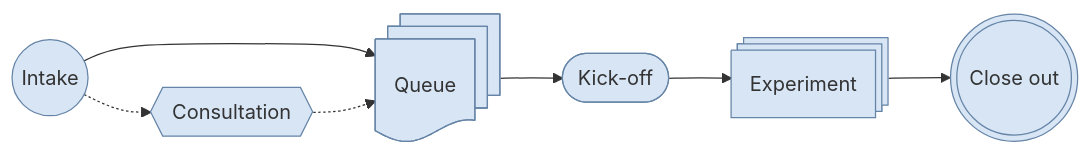
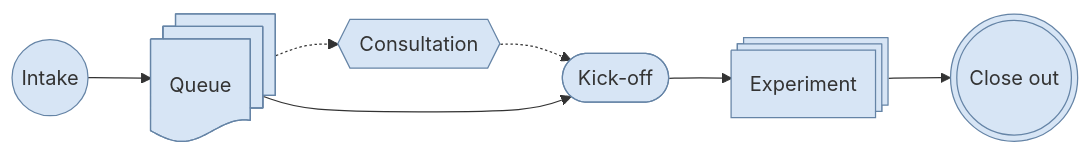
The diagram in content/en/services/experimentation.md (gccloudone-launchpad/launchpad-dev.github.io), drawn with Mermaid before and after one commit. The commit also changed other lines of this file and 1 other file, not shown here.

````diff
--- a/content/en/services/experimentation.md
+++ b/content/en/services/experimentation.md
@@ -18,19 +18,17 @@
 ```mermaid
 flowchart LR
-
     classDef default fill:#D7E5F5,stroke:#6584A6;
 
     kickoff@{ shape: stadium, label: "Kick-off" }
     intake@{ shape: circle, label: "Intake" }
     consultation@{ shape: hex, label: "Consultation" }
     queue@{ shape: docs, label: "Queue" }
     experiment@{shape: processes, label: "Experiment" }
     closeout@{ shape: dbl-circ, label: "Close out" }
 
-    intake -.-> consultation
     intake --> queue
-    consultation -.-> queue
+    queue -.-> consultation -.-> kickoff
     queue --> kickoff
     kickoff --> experiment
     experiment --> closeout
 ```
````
